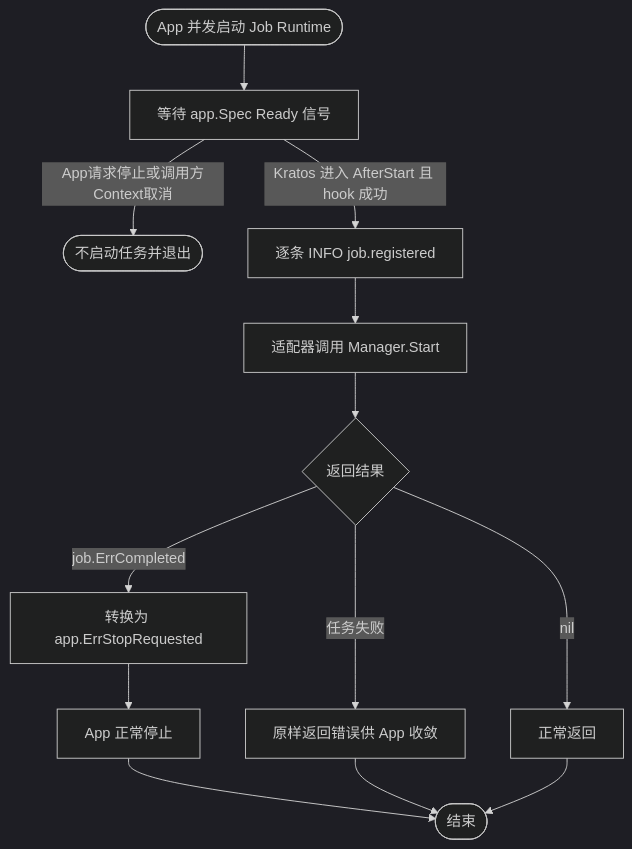
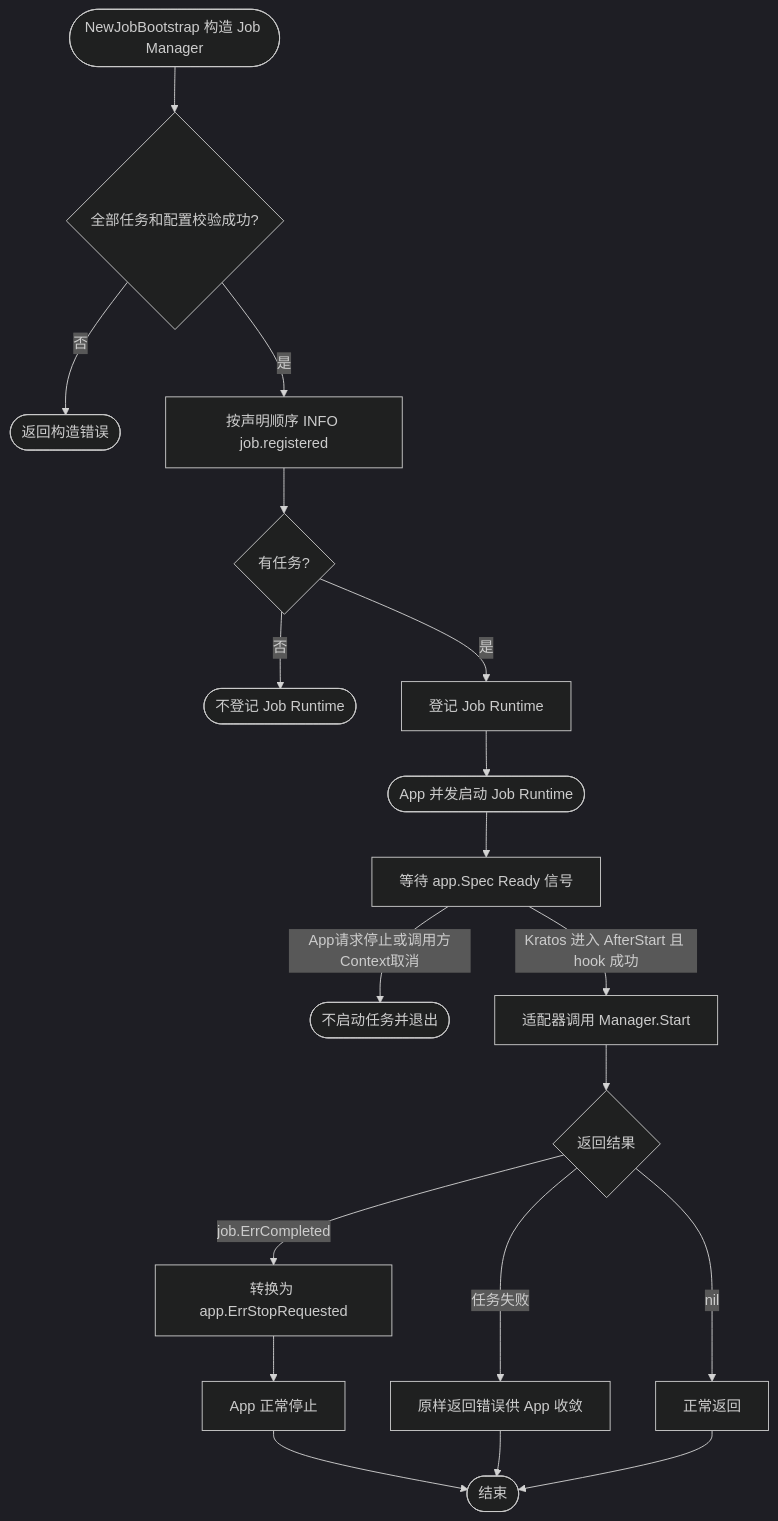
Before and after one commit to jaggerzhuang1994/kratos-foundation: the third of 6 diagrams in pkg/bootstrap/README.md, drawn with Mermaid (dark theme). The commit also changed other lines of this file and 12 other files, not shown here.

````diff
--- a/pkg/bootstrap/README.md
+++ b/pkg/bootstrap/README.md
@@ -170,15 +172,21 @@
 ```mermaid
 flowchart TD
-    A([App 并发启动 Job Runtime]) --> B[等待 app.Spec Ready 信号]
+    A0([NewJobBootstrap 构造 Job Manager]) --> A1{全部任务和配置校验成功?}
+    A1 -- 否 --> X([返回构造错误])
+    A1 -- 是 --> A2[按声明顺序 INFO job.registered]
+    A2 --> A3{有任务?}
+    A3 -- 否 --> X1([不登记 Job Runtime])
+    A3 -- 是 --> A4[登记 Job Runtime]
+    A4 --> A([App 并发启动 Job Runtime])
+    A --> B[等待 app.Spec Ready 信号]
     B -- App请求停止或调用方Context取消 --> H([不启动任务并退出])
-    B -- Kratos 进入 AfterStart 且 hook 成功 --> B1[逐条 INFO job.registered]
-    B1 --> B2[适配器调用 Manager.Start]
+    B -- Kratos 进入 AfterStart 且 hook 成功 --> B2[适配器调用 Manager.Start]
     B2 --> C{返回结果}
     C -- job.ErrCompleted --> D[转换为 app.ErrStopRequested]
     D --> E[App 正常停止]
     C -- 任务失败 --> F[原样返回错误供 App 收敛]
     C -- nil --> G[正常返回]
     E --> I([结束])
     F --> I
     G --> I
 ```
````
